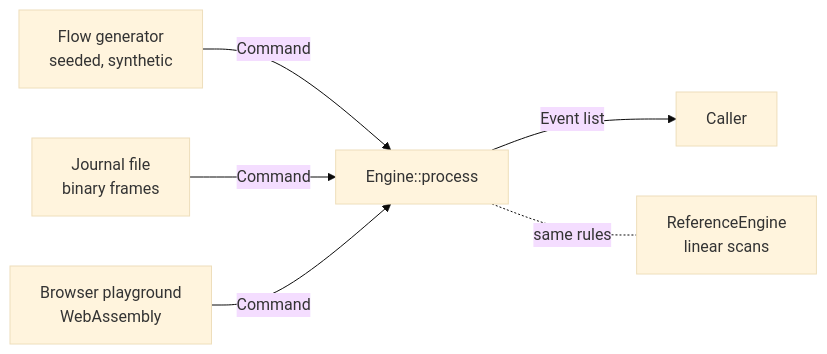
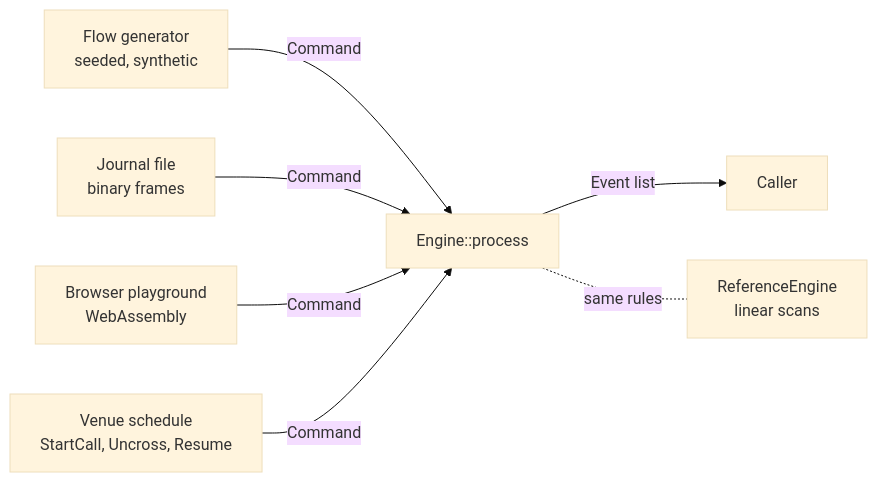
The first of 2 diagrams in docs/DESIGN.md (ult666666/crossbook), drawn with Mermaid (base theme) before and after one commit. The commit also changed other lines of this file and 43 other files, not shown here.

````diff
--- a/docs/DESIGN.md
+++ b/docs/DESIGN.md
@@ -19,8 +19,9 @@
 ```mermaid
 flowchart LR
     F[Flow generator<br/>seeded, synthetic] -->|Command| E
     J[Journal file<br/>binary frames] -->|Command| E
     W[Browser playground<br/>WebAssembly] -->|Command| E
+    S[Venue schedule<br/>StartCall, Uncross, Resume] -->|Command| E
     E[Engine::process] -->|Event list| O[Caller]
     E -.same rules.- R[ReferenceEngine<br/>linear scans]
 ```
````
